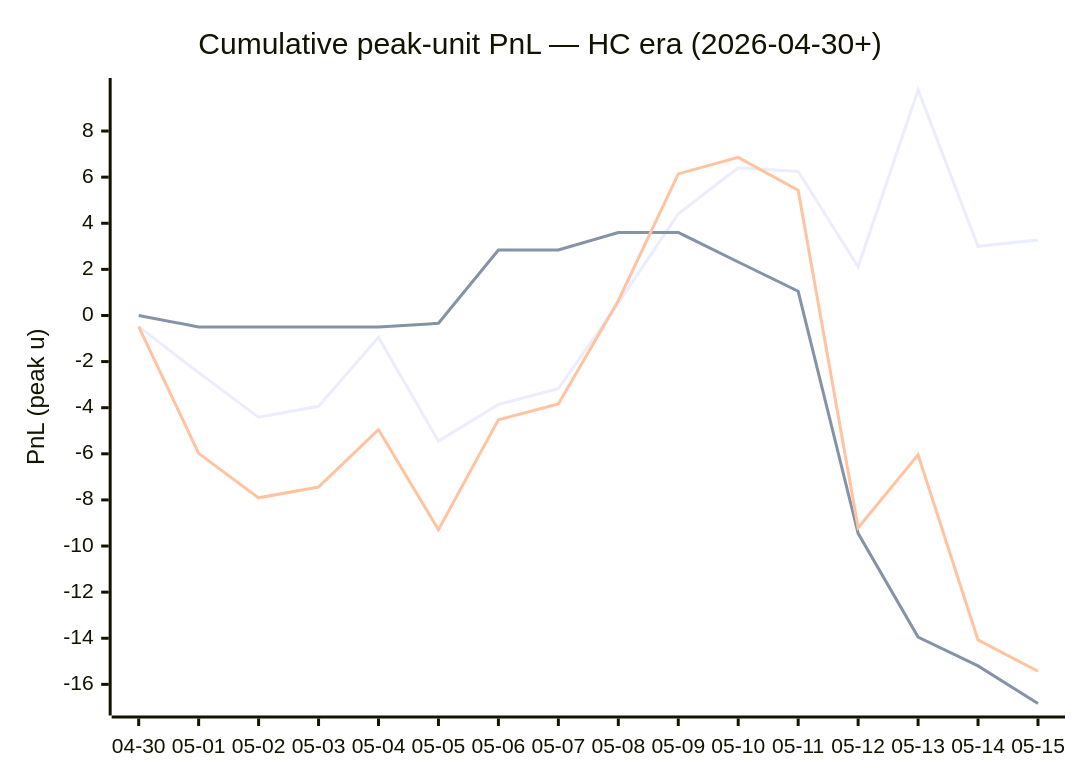
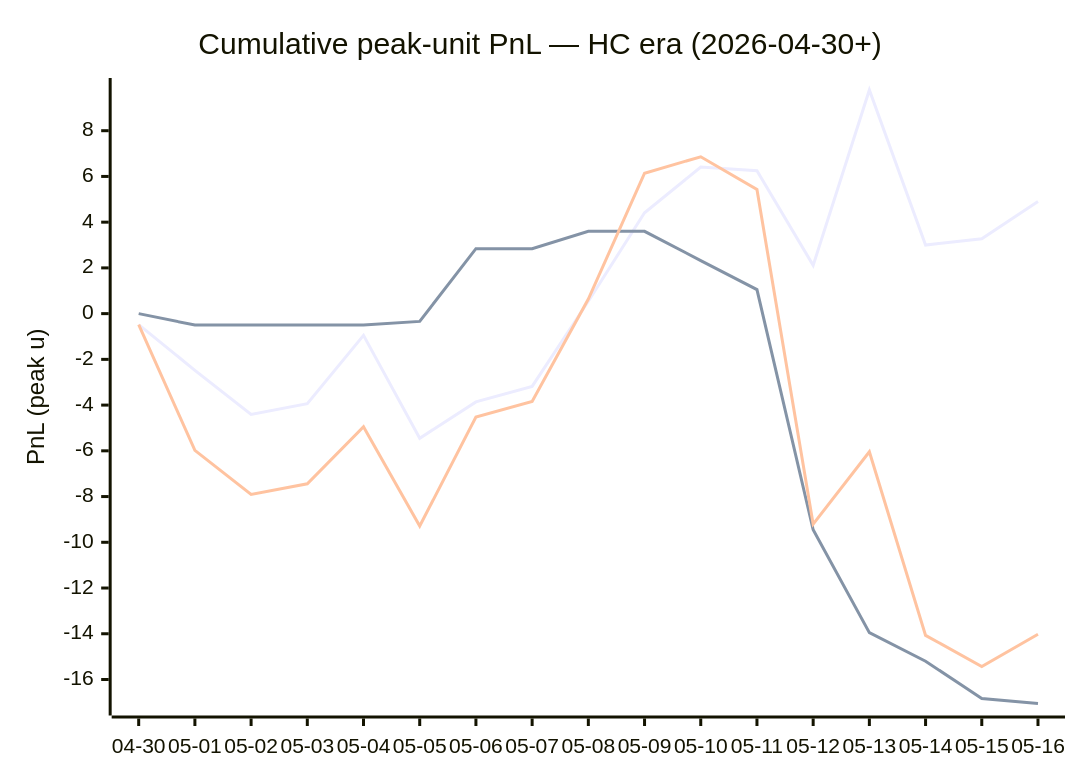
Before and after one commit to dpk1212/nhl-savant: the diagram in DAILY_V6_REPORT.md, drawn with Mermaid. The commit also changed other lines of this file, not shown here.

````diff
--- a/DAILY_V6_REPORT.md
+++ b/DAILY_V6_REPORT.md
@@ -178,9 +172,9 @@
 ```mermaid
 xychart-beta
     title "Cumulative peak-unit PnL — HC era (2026-04-30+)"
-    x-axis ["04-30", "05-01", "05-02", "05-03", "05-04", "05-05", "05-06", "05-07", "05-08", "05-09", "05-10", "05-11", "05-12", "05-13", "05-14", "05-15"]
+    x-axis ["04-30", "05-01", "05-02", "05-03", "05-04", "05-05", "05-06", "05-07", "05-08", "05-09", "05-10", "05-11", "05-12", "05-13", "05-14", "05-15", "05-16"]
     y-axis "PnL (peak u)"
-    line "HC ≥ +1" [-0.48, -2.48, -4.41, -3.94, -0.95, -5.45, -3.86, -3.18, 0.54, 4.41, 6.41, 6.25, 2.11, 9.78, 3.00, 3.27]
-    line "HC = 0"  [0.00, -0.50, -0.50, -0.50, -0.50, -0.34, 2.84, 2.84, 3.60, 3.60, 2.32, 1.05, -9.45, -13.95, -15.20, -16.83]
-    line "All (HC era)" [-0.48, -5.98, -7.91, -7.44, -4.95, -9.29, -4.52, -3.84, 0.64, 6.14, 6.86, 5.43, -9.21, -6.04, -14.07, -15.43]
+    line "HC ≥ +1" [-0.48, -2.48, -4.41, -3.94, -0.95, -5.45, -3.86, -3.18, 0.54, 4.41, 6.41, 6.25, 2.11, 9.78, 3.00, 3.27, 4.90]
+    line "HC = 0"  [0.00, -0.50, -0.50, -0.50, -0.50, -0.34, 2.84, 2.84, 3.60, 3.60, 2.32, 1.05, -9.45, -13.95, -15.20, -16.83, -17.05]
+    line "All (HC era)" [-0.48, -5.98, -7.91, -7.44, -4.95, -9.29, -4.52, -3.84, 0.64, 6.14, 6.86, 5.43, -9.21, -6.04, -14.07, -15.43, -14.02]
 ```
````
